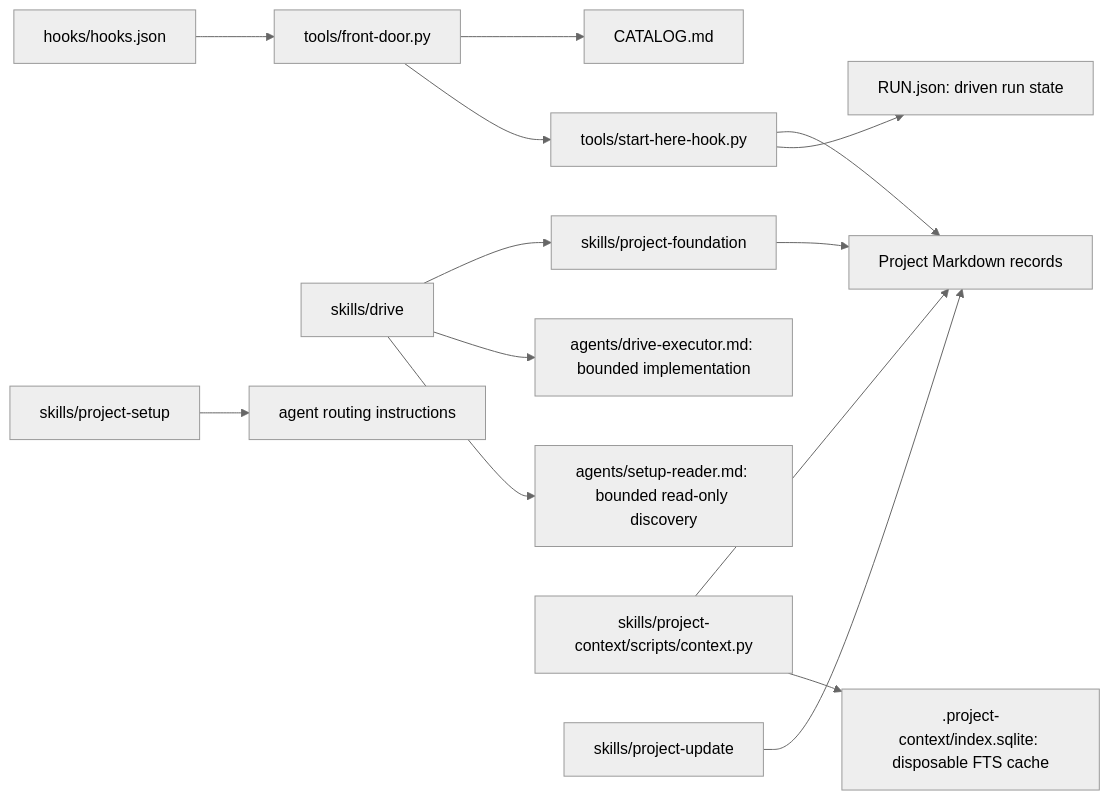
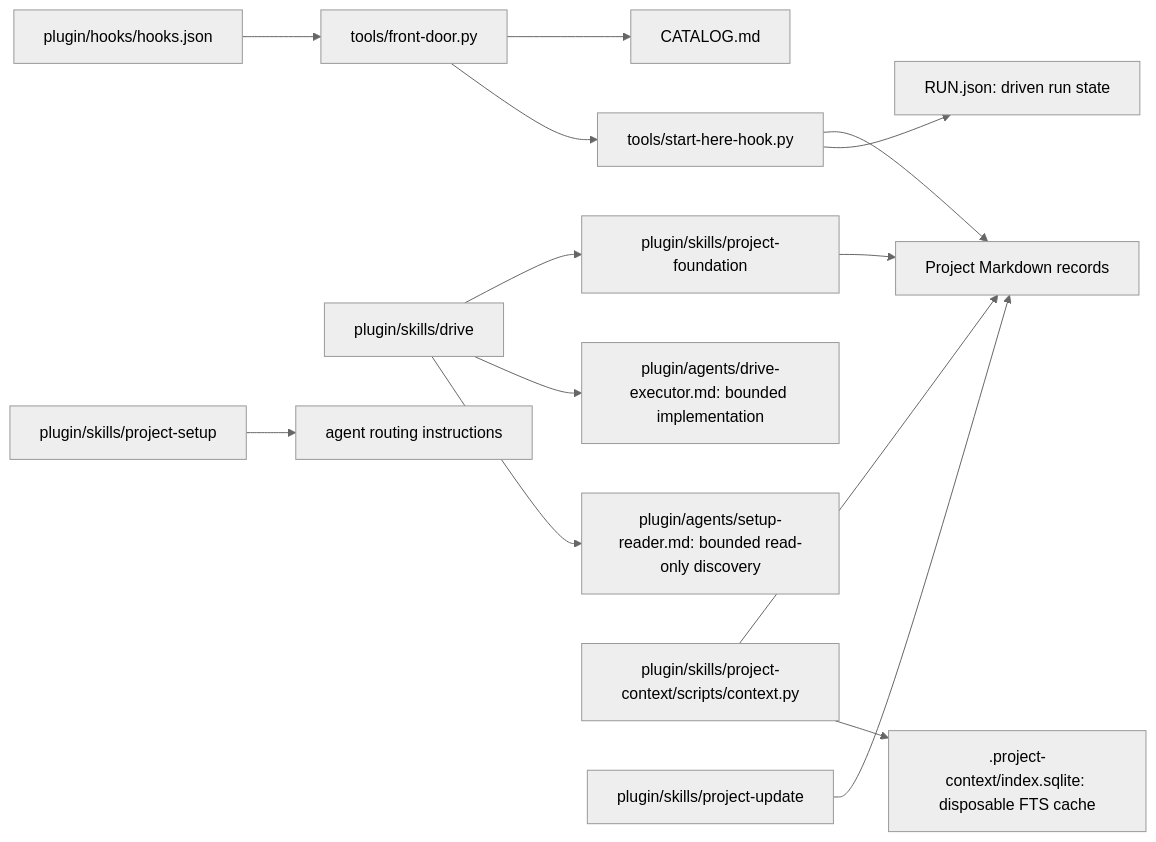
The diagram in docs/architecture.md (thanaponai01-collab/top-tier-engineer-skill), drawn with Mermaid (neutral theme) before and after one commit. The commit also changed other lines of this file and 130 other files, not shown here.

````diff
--- a/docs/architecture.md
+++ b/docs/architecture.md
@@ -9,16 +9,16 @@
 ```mermaid
 flowchart LR
-  hooks["hooks/hooks.json"] --> entry["tools/front-door.py"]
+  hooks["plugin/hooks/hooks.json"] --> entry["tools/front-door.py"]
   entry --> catalog["CATALOG.md"]
   entry --> summary["tools/start-here-hook.py"]
   summary --> records["Project Markdown records"]
-  drive["skills/drive"] --> foundation["skills/project-foundation"]
+  drive["plugin/skills/drive"] --> foundation["plugin/skills/project-foundation"]
   foundation --> records
-  setup["skills/project-setup"] --> instructions["agent routing instructions"]
+  setup["plugin/skills/project-setup"] --> instructions["agent routing instructions"]
   summary --> run["RUN.json: driven run state"]
-  drive --> executor["agents/drive-executor.md: bounded implementation"]
-  drive --> worker["agents/setup-reader.md: bounded read-only discovery"]
-  context["skills/project-context/scripts/context.py"] --> records
+  drive --> executor["plugin/agents/drive-executor.md: bounded implementation"]
+  drive --> worker["plugin/agents/setup-reader.md: bounded read-only discovery"]
+  context["plugin/skills/project-context/scripts/context.py"] --> records
   context --> index[".project-context/index.sqlite: disposable FTS cache"]
-  update["skills/project-update"] --> records
+  update["plugin/skills/project-update"] --> records
 ```
````
